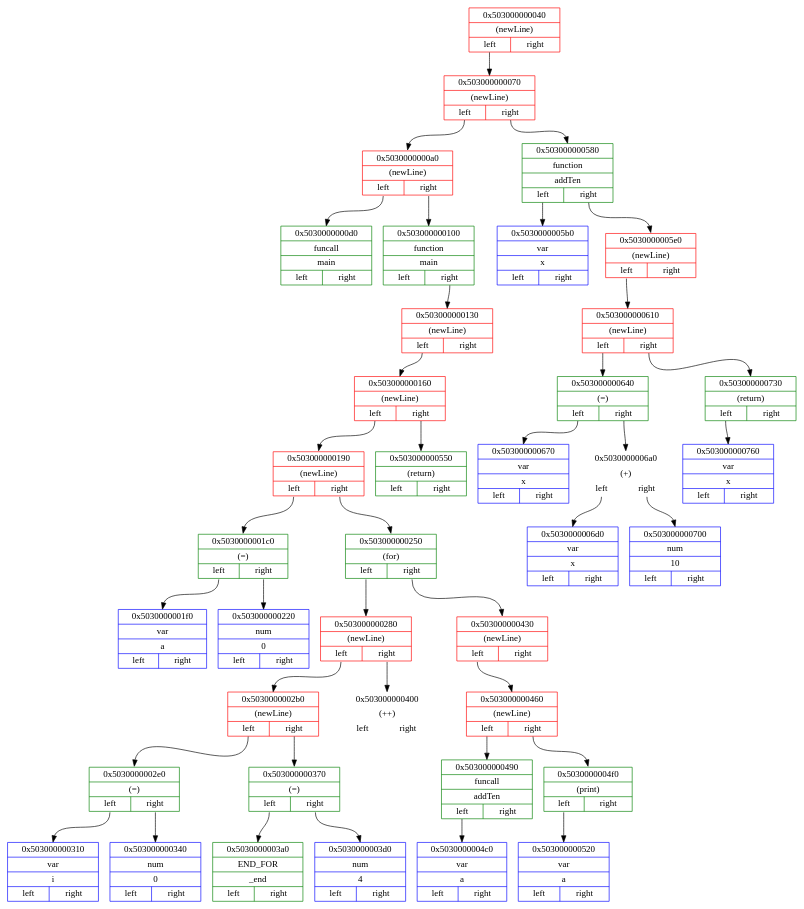
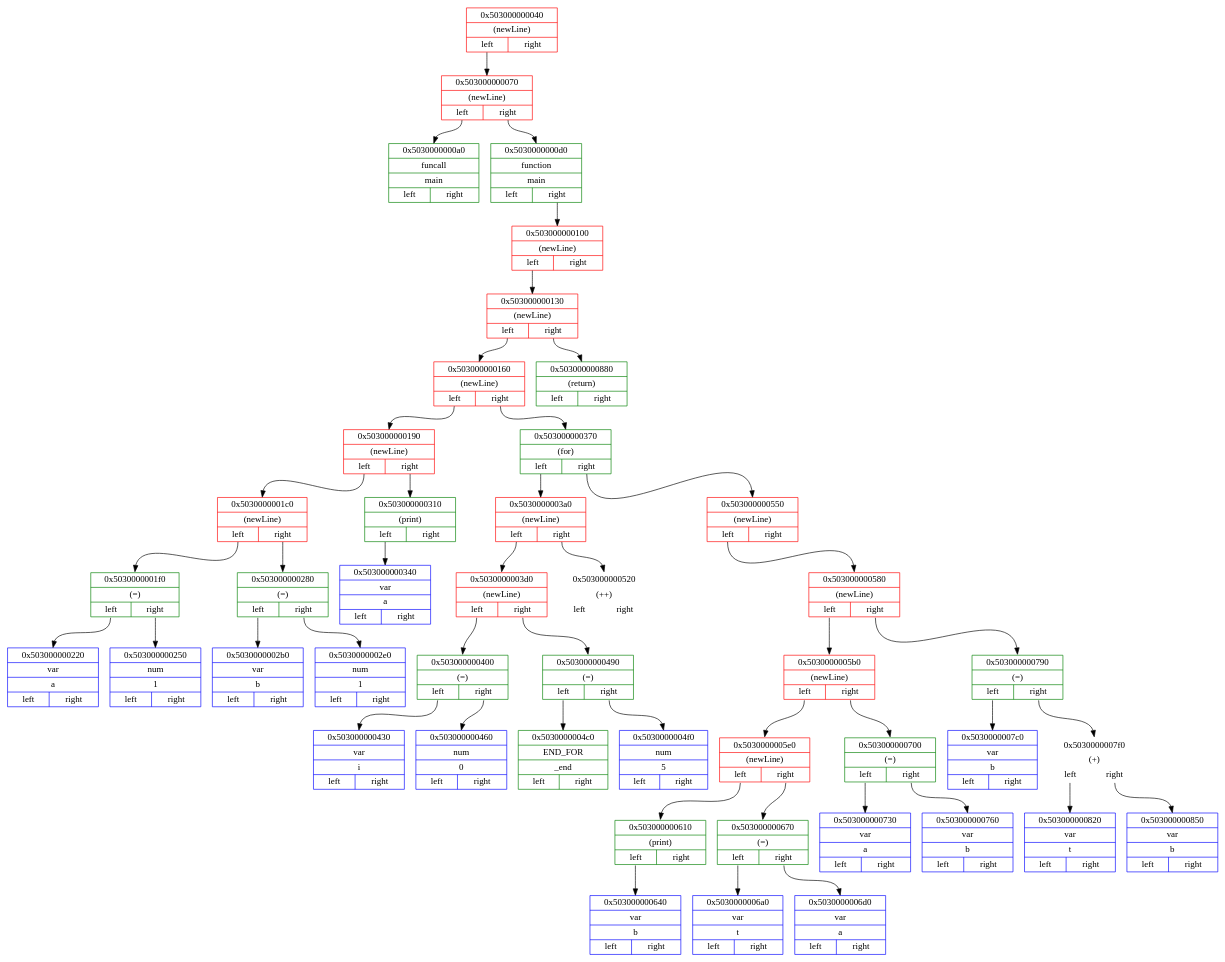
One commit to Matvey787/myProgLanguage changed the diagram in dot_files/middlendDotFile.dot. Above: the diagram before and after it, drawn with Graphviz. The commit also changed 15 other files, not shown here.

```diff
--- a/dot_files/middlendDotFile.dot
+++ b/dot_files/middlendDotFile.dot
@@ -4,79 +4,91 @@
 
 node0x503000000040 [ shape=record, color = red rank = 1, label= "{ 0x503000000040 | (newLine) |         {<n0x503000000040_l> left | <n0x503000000040_r> right}} " ];
 node0x503000000070 [ shape=record, color = red rank = 2, label= "{ 0x503000000070 | (newLine) |         {<n0x503000000070_l> left | <n0x503000000070_r> right}} " ];
-node0x5030000000a0 [ shape=record, color = red rank = 3, label= "{ 0x5030000000a0 | (newLine) |         {<n0x5030000000a0_l> left | <n0x5030000000a0_r> right}} " ];
-node0x5030000000d0 [ shape=record, color = green rank = 4, label= "{ 0x5030000000d0 | funcall | main |         {<n0x5030000000d0_l> left | <n0x5030000000d0_r> right}} " ];
-node0x5030000000a0:<n0x5030000000a0_l>:s -> node0x5030000000d0:n [ color = black; ]
-node0x503000000100 [ shape=record, color = green rank = 5, label= "{ 0x503000000100 | function | main |         {<n0x503000000100_l> left | <n0x503000000100_r> right}} " ];
+node0x5030000000a0 [ shape=record, color = green rank = 3, label= "{ 0x5030000000a0 | funcall | main |         {<n0x5030000000a0_l> left | <n0x5030000000a0_r> right}} " ];
+node0x503000000070:<n0x503000000070_l>:s -> node0x5030000000a0:n [ color = black; ]
+node0x5030000000d0 [ shape=record, color = green rank = 4, label= "{ 0x5030000000d0 | function | main |         {<n0x5030000000d0_l> left | <n0x5030000000d0_r> right}} " ];
+node0x503000000100 [ shape=record, color = red rank = 5, label= "{ 0x503000000100 | (newLine) |         {<n0x503000000100_l> left | <n0x503000000100_r> right}} " ];
 node0x503000000130 [ shape=record, color = red rank = 6, label= "{ 0x503000000130 | (newLine) |         {<n0x503000000130_l> left | <n0x503000000130_r> right}} " ];
 node0x503000000160 [ shape=record, color = red rank = 7, label= "{ 0x503000000160 | (newLine) |         {<n0x503000000160_l> left | <n0x503000000160_r> right}} " ];
 node0x503000000190 [ shape=record, color = red rank = 8, label= "{ 0x503000000190 | (newLine) |         {<n0x503000000190_l> left | <n0x503000000190_r> right}} " ];
-node0x5030000001c0 [ shape=record, color = green rank = 9, label= "{ 0x5030000001c0 | (=) |         {<n0x5030000001c0_l> left | <n0x5030000001c0_r> right}} " ];
-node0x5030000001f0 [ shape=record, color = blue rank = 10, label= "{ 0x5030000001f0 | var | a |         {<n0x5030000001f0_l> left | <n0x5030000001f0_r> right}} " ];
+node0x5030000001c0 [ shape=record, color = red rank = 9, label= "{ 0x5030000001c0 | (newLine) |         {<n0x5030000001c0_l> left | <n0x5030000001c0_r> right}} " ];
+node0x5030000001f0 [ shape=record, color = green rank = 10, label= "{ 0x5030000001f0 | (=) |         {<n0x5030000001f0_l> left | <n0x5030000001f0_r> right}} " ];
+node0x503000000220 [ shape=record, color = blue rank = 11, label= "{ 0x503000000220 | var | a |         {<n0x503000000220_l> left | <n0x503000000220_r> right}} " ];
+node0x5030000001f0:<n0x5030000001f0_l>:s -> node0x503000000220:n [ color = black; ]
+node0x503000000250 [ shape=record, color = blue rank = 12, label= "{ 0x503000000250 | num | 1 |         {<n0x503000000250_l> left | <n0x503000000250_r> right}} " ];
+node0x5030000001f0:<n0x5030000001f0_r>:s -> node0x503000000250:n [ color = black; ]
 node0x5030000001c0:<n0x5030000001c0_l>:s -> node0x5030000001f0:n [ color = black; ]
-node0x503000000220 [ shape=record, color = blue rank = 11, label= "{ 0x503000000220 | num | 0 |         {<n0x503000000220_l> left | <n0x503000000220_r> right}} " ];
-node0x5030000001c0:<n0x5030000001c0_r>:s -> node0x503000000220:n [ color = black; ]
+node0x503000000280 [ shape=record, color = green rank = 11, label= "{ 0x503000000280 | (=) |         {<n0x503000000280_l> left | <n0x503000000280_r> right}} " ];
+node0x5030000002b0 [ shape=record, color = blue rank = 12, label= "{ 0x5030000002b0 | var | b |         {<n0x5030000002b0_l> left | <n0x5030000002b0_r> right}} " ];
+node0x503000000280:<n0x503000000280_l>:s -> node0x5030000002b0:n [ color = black; ]
+node0x5030000002e0 [ shape=record, color = blue rank = 13, label= "{ 0x5030000002e0 | num | 1 |         {<n0x5030000002e0_l> left | <n0x5030000002e0_r> right}} " ];
+node0x503000000280:<n0x503000000280_r>:s -> node0x5030000002e0:n [ color = black; ]
+node0x5030000001c0:<n0x5030000001c0_r>:s -> node0x503000000280:n [ color = black; ]
 node0x503000000190:<n0x503000000190_l>:s -> node0x5030000001c0:n [ color = black; ]
-node0x503000000250 [ shape=record, color = green rank = 10, label= "{ 0x503000000250 | (for) |         {<n0x503000000250_l> left | <n0x503000000250_r> right}} " ];
-node0x503000000280 [ shape=record, color = red rank = 11, label= "{ 0x503000000280 | (newLine) |         {<n0x503000000280_l> left | <n0x503000000280_r> right}} " ];
-node0x5030000002b0 [ shape=record, color = red rank = 12, label= "{ 0x5030000002b0 | (newLine) |         {<n0x5030000002b0_l> left | <n0x5030000002b0_r> right}} " ];
-node0x5030000002e0 [ shape=record, color = green rank = 13, label= "{ 0x5030000002e0 | (=) |         {<n0x5030000002e0_l> left | <n0x5030000002e0_r> right}} " ];
-node0x503000000310 [ shape=record, color = blue rank = 14, label= "{ 0x503000000310 | var | i |         {<n0x503000000310_l> left | <n0x503000000310_r> right}} " ];
-node0x5030000002e0:<n0x5030000002e0_l>:s -> node0x503000000310:n [ color = black; ]
-node0x503000000340 [ shape=record, color = blue rank = 15, label= "{ 0x503000000340 | num | 0 |         {<n0x503000000340_l> left | <n0x503000000340_r> right}} " ];
-node0x5030000002e0:<n0x5030000002e0_r>:s -> node0x503000000340:n [ color = black; ]
-node0x5030000002b0:<n0x5030000002b0_l>:s -> node0x5030000002e0:n [ color = black; ]
-node0x503000000370 [ shape=record, color = green rank = 14, label= "{ 0x503000000370 | (=) |         {<n0x503000000370_l> left | <n0x503000000370_r> right}} " ];
-node0x5030000003a0 [ shape=record, color = green rank = 15, label= "{ 0x5030000003a0 | END_FOR | _end |         {<n0x5030000003a0_l> left | <n0x5030000003a0_r> right}} " ];
+node0x503000000310 [ shape=record, color = green rank = 10, label= "{ 0x503000000310 | (print) |         {<n0x503000000310_l> left | <n0x503000000310_r> right}} " ];
+node0x503000000340 [ shape=record, color = blue rank = 11, label= "{ 0x503000000340 | var | a |         {<n0x503000000340_l> left | <n0x503000000340_r> right}} " ];
+node0x503000000310:<n0x503000000310_l>:s -> node0x503000000340:n [ color = black; ]
+node0x503000000190:<n0x503000000190_r>:s -> node0x503000000310:n [ color = black; ]
+node0x503000000160:<n0x503000000160_l>:s -> node0x503000000190:n [ color = black; ]
+node0x503000000370 [ shape=record, color = green rank = 9, label= "{ 0x503000000370 | (for) |         {<n0x503000000370_l> left | <n0x503000000370_r> right}} " ];
+node0x5030000003a0 [ shape=record, color = red rank = 10, label= "{ 0x5030000003a0 | (newLine) |         {<n0x5030000003a0_l> left | <n0x5030000003a0_r> right}} " ];
+node0x5030000003d0 [ shape=record, color = red rank = 11, label= "{ 0x5030000003d0 | (newLine) |         {<n0x5030000003d0_l> left | <n0x5030000003d0_r> right}} " ];
+node0x503000000400 [ shape=record, color = green rank = 12, label= "{ 0x503000000400 | (=) |         {<n0x503000000400_l> left | <n0x503000000400_r> right}} " ];
+node0x503000000430 [ shape=record, color = blue rank = 13, label= "{ 0x503000000430 | var | i |         {<n0x503000000430_l> left | <n0x503000000430_r> right}} " ];
+node0x503000000400:<n0x503000000400_l>:s -> node0x503000000430:n [ color = black; ]
+node0x503000000460 [ shape=record, color = blue rank = 14, label= "{ 0x503000000460 | num | 0 |         {<n0x503000000460_l> left | <n0x503000000460_r> right}} " ];
+node0x503000000400:<n0x503000000400_r>:s -> node0x503000000460:n [ color = black; ]
+node0x5030000003d0:<n0x5030000003d0_l>:s -> node0x503000000400:n [ color = black; ]
+node0x503000000490 [ shape=record, color = green rank = 13, label= "{ 0x503000000490 | (=) |         {<n0x503000000490_l> left | <n0x503000000490_r> right}} " ];
+node0x5030000004c0 [ shape=record, color = green rank = 14, label= "{ 0x5030000004c0 | END_FOR | _end |         {<n0x5030000004c0_l> left | <n0x5030000004c0_r> right}} " ];
+node0x503000000490:<n0x503000000490_l>:s -> node0x5030000004c0:n [ color = black; ]
+node0x5030000004f0 [ shape=record, color = blue rank = 15, label= "{ 0x5030000004f0 | num | 5 |         {<n0x5030000004f0_l> left | <n0x5030000004f0_r> right}} " ];
+node0x503000000490:<n0x503000000490_r>:s -> node0x5030000004f0:n [ color = black; ]
+node0x5030000003d0:<n0x5030000003d0_r>:s -> node0x503000000490:n [ color = black; ]
+node0x5030000003a0:<n0x5030000003a0_l>:s -> node0x5030000003d0:n [ color = black; ]
+node0x503000000520 [ shape=record, color = white rank = 12, label= "{ 0x503000000520 | (++) |         {<n0x503000000520_l> left | <n0x503000000520_r> right}} " ];
+node0x5030000003a0:<n0x5030000003a0_r>:s -> node0x503000000520:n [ color = black; ]
 node0x503000000370:<n0x503000000370_l>:s -> node0x5030000003a0:n [ color = black; ]
-node0x5030000003d0 [ shape=record, color = blue rank = 16, label= "{ 0x5030000003d0 | num | 4 |         {<n0x5030000003d0_l> left | <n0x5030000003d0_r> right}} " ];
-node0x503000000370:<n0x503000000370_r>:s -> node0x5030000003d0:n [ color = black; ]
-node0x5030000002b0:<n0x5030000002b0_r>:s -> node0x503000000370:n [ color = black; ]
-node0x503000000280:<n0x503000000280_l>:s -> node0x5030000002b0:n [ color = black; ]
-node0x503000000400 [ shape=record, color = white rank = 13, label= "{ 0x503000000400 | (++) |         {<n0x503000000400_l> left | <n0x503000000400_r> right}} " ];
-node0x503000000280:<n0x503000000280_r>:s -> node0x503000000400:n [ color = black; ]
-node0x503000000250:<n0x503000000250_l>:s -> node0x503000000280:n [ color = black; ]
-node0x503000000430 [ shape=record, color = red rank = 12, label= "{ 0x503000000430 | (newLine) |         {<n0x503000000430_l> left | <n0x503000000430_r> right}} " ];
-node0x503000000460 [ shape=record, color = red rank = 13, label= "{ 0x503000000460 | (newLine) |         {<n0x503000000460_l> left | <n0x503000000460_r> right}} " ];
-node0x503000000490 [ shape=record, color = green rank = 14, label= "{ 0x503000000490 | funcall | addTen |         {<n0x503000000490_l> left | <n0x503000000490_r> right}} " ];
-node0x5030000004c0 [ shape=record, color = blue rank = 15, label= "{ 0x5030000004c0 | var | a |         {<n0x5030000004c0_l> left | <n0x5030000004c0_r> right}} " ];
-node0x503000000490:<n0x503000000490_l>:s -> node0x5030000004c0:n [ color = black; ]
-node0x503000000460:<n0x503000000460_l>:s -> node0x503000000490:n [ color = black; ]
-node0x5030000004f0 [ shape=record, color = green rank = 15, label= "{ 0x5030000004f0 | (print) |         {<n0x5030000004f0_l> left | <n0x5030000004f0_r> right}} " ];
-node0x503000000520 [ shape=record, color = blue rank = 16, label= "{ 0x503000000520 | var | a |         {<n0x503000000520_l> left | <n0x503000000520_r> right}} " ];
-node0x5030000004f0:<n0x5030000004f0_l>:s -> node0x503000000520:n [ color = black; ]
-node0x503000000460:<n0x503000000460_r>:s -> node0x5030000004f0:n [ color = black; ]
-node0x503000000430:<n0x503000000430_l>:s -> node0x503000000460:n [ color = black; ]
-node0x503000000250:<n0x503000000250_r>:s -> node0x503000000430:n [ color = black; ]
-node0x503000000190:<n0x503000000190_r>:s -> node0x503000000250:n [ color = black; ]
-node0x503000000160:<n0x503000000160_l>:s -> node0x503000000190:n [ color = black; ]
-node0x503000000550 [ shape=record, color = green rank = 9, label= "{ 0x503000000550 | (return) |         {<n0x503000000550_l> left | <n0x503000000550_r> right}} " ];
-node0x503000000160:<n0x503000000160_r>:s -> node0x503000000550:n [ color = black; ]
+node0x503000000550 [ shape=record, color = red rank = 11, label= "{ 0x503000000550 | (newLine) |         {<n0x503000000550_l> left | <n0x503000000550_r> right}} " ];
+node0x503000000580 [ shape=record, color = red rank = 12, label= "{ 0x503000000580 | (newLine) |         {<n0x503000000580_l> left | <n0x503000000580_r> right}} " ];
+node0x5030000005b0 [ shape=record, color = red rank = 13, label= "{ 0x5030000005b0 | (newLine) |         {<n0x5030000005b0_l> left | <n0x5030000005b0_r> right}} " ];
+node0x5030000005e0 [ shape=record, color = red rank = 14, label= "{ 0x5030000005e0 | (newLine) |         {<n0x5030000005e0_l> left | <n0x5030000005e0_r> right}} " ];
+node0x503000000610 [ shape=record, color = green rank = 15, label= "{ 0x503000000610 | (print) |         {<n0x503000000610_l> left | <n0x503000000610_r> right}} " ];
+node0x503000000640 [ shape=record, color = blue rank = 16, label= "{ 0x503000000640 | var | b |         {<n0x503000000640_l> left | <n0x503000000640_r> right}} " ];
+node0x503000000610:<n0x503000000610_l>:s -> node0x503000000640:n [ color = black; ]
+node0x5030000005e0:<n0x5030000005e0_l>:s -> node0x503000000610:n [ color = black; ]
+node0x503000000670 [ shape=record, color = green rank = 16, label= "{ 0x503000000670 | (=) |         {<n0x503000000670_l> left | <n0x503000000670_r> right}} " ];
+node0x5030000006a0 [ shape=record, color = blue rank = 17, label= "{ 0x5030000006a0 | var | t |         {<n0x5030000006a0_l> left | <n0x5030000006a0_r> right}} " ];
+node0x503000000670:<n0x503000000670_l>:s -> node0x5030000006a0:n [ color = black; ]
+node0x5030000006d0 [ shape=record, color = blue rank = 18, label= "{ 0x5030000006d0 | var | a |         {<n0x5030000006d0_l> left | <n0x5030000006d0_r> right}} " ];
+node0x503000000670:<n0x503000000670_r>:s -> node0x5030000006d0:n [ color = black; ]
+node0x5030000005e0:<n0x5030000005e0_r>:s -> node0x503000000670:n [ color = black; ]
+node0x5030000005b0:<n0x5030000005b0_l>:s -> node0x5030000005e0:n [ color = black; ]
+node0x503000000700 [ shape=record, color = green rank = 15, label= "{ 0x503000000700 | (=) |         {<n0x503000000700_l> left | <n0x503000000700_r> right}} " ];
+node0x503000000730 [ shape=record, color = blue rank = 16, label= "{ 0x503000000730 | var | a |         {<n0x503000000730_l> left | <n0x503000000730_r> right}} " ];
+node0x503000000700:<n0x503000000700_l>:s -> node0x503000000730:n [ color = black; ]
+node0x503000000760 [ shape=record, color = blue rank = 17, label= "{ 0x503000000760 | var | b |         {<n0x503000000760_l> left | <n0x503000000760_r> right}} " ];
+node0x503000000700:<n0x503000000700_r>:s -> node0x503000000760:n [ color = black; ]
+node0x5030000005b0:<n0x5030000005b0_r>:s -> node0x503000000700:n [ color = black; ]
+node0x503000000580:<n0x503000000580_l>:s -> node0x5030000005b0:n [ color = black; ]
+node0x503000000790 [ shape=record, color = green rank = 14, label= "{ 0x503000000790 | (=) |         {<n0x503000000790_l> left | <n0x503000000790_r> right}} " ];
+node0x5030000007c0 [ shape=record, color = blue rank = 15, label= "{ 0x5030000007c0 | var | b |         {<n0x5030000007c0_l> left | <n0x5030000007c0_r> right}} " ];
+node0x503000000790:<n0x503000000790_l>:s -> node0x5030000007c0:n [ color = black; ]
+node0x5030000007f0 [ shape=record, color = white rank = 16, label= "{ 0x5030000007f0 | (+) |         {<n0x5030000007f0_l> left | <n0x5030000007f0_r> right}} " ];
+node0x503000000820 [ shape=record, color = blue rank = 17, label= "{ 0x503000000820 | var | t |         {<n0x503000000820_l> left | <n0x503000000820_r> right}} " ];
+node0x5030000007f0:<n0x5030000007f0_l>:s -> node0x503000000820:n [ color = black; ]
+node0x503000000850 [ shape=record, color = blue rank = 18, label= "{ 0x503000000850 | var | b |         {<n0x503000000850_l> left | <n0x503000000850_r> right}} " ];
+node0x5030000007f0:<n0x5030000007f0_r>:s -> node0x503000000850:n [ color = black; ]
+node0x503000000790:<n0x503000000790_r>:s -> node0x5030000007f0:n [ color = black; ]
+node0x503000000580:<n0x503000000580_r>:s -> node0x503000000790:n [ color = black; ]
+node0x503000000550:<n0x503000000550_l>:s -> node0x503000000580:n [ color = black; ]
+node0x503000000370:<n0x503000000370_r>:s -> node0x503000000550:n [ color = black; ]
+node0x503000000160:<n0x503000000160_r>:s -> node0x503000000370:n [ color = black; ]
 node0x503000000130:<n0x503000000130_l>:s -> node0x503000000160:n [ color = black; ]
-node0x503000000100:<n0x503000000100_r>:s -> node0x503000000130:n [ color = black; ]
-node0x5030000000a0:<n0x5030000000a0_r>:s -> node0x503000000100:n [ color = black; ]
-node0x503000000070:<n0x503000000070_l>:s -> node0x5030000000a0:n [ color = black; ]
-node0x503000000580 [ shape=record, color = green rank = 4, label= "{ 0x503000000580 | function | addTen |         {<n0x503000000580_l> left | <n0x503000000580_r> right}} " ];
-node0x5030000005b0 [ shape=record, color = blue rank = 5, label= "{ 0x5030000005b0 | var | x |         {<n0x5030000005b0_l> left | <n0x5030000005b0_r> right}} " ];
-node0x503000000580:<n0x503000000580_l>:s -> node0x5030000005b0:n [ color = black; ]
-node0x5030000005e0 [ shape=record, color = red rank = 6, label= "{ 0x5030000005e0 | (newLine) |         {<n0x5030000005e0_l> left | <n0x5030000005e0_r> right}} " ];
-node0x503000000610 [ shape=record, color = red rank = 7, label= "{ 0x503000000610 | (newLine) |         {<n0x503000000610_l> left | <n0x503000000610_r> right}} " ];
-node0x503000000640 [ shape=record, color = green rank = 8, label= "{ 0x503000000640 | (=) |         {<n0x503000000640_l> left | <n0x503000000640_r> right}} " ];
-node0x503000000670 [ shape=record, color = blue rank = 9, label= "{ 0x503000000670 | var | x |         {<n0x503000000670_l> left | <n0x503000000670_r> right}} " ];
-node0x503000000640:<n0x503000000640_l>:s -> node0x503000000670:n [ color = black; ]
-node0x5030000006a0 [ shape=record, color = white rank = 10, label= "{ 0x5030000006a0 | (+) |         {<n0x5030000006a0_l> left | <n0x5030000006a0_r> right}} " ];
-node0x5030000006d0 [ shape=record, color = blue rank = 11, label= "{ 0x5030000006d0 | var | x |         {<n0x5030000006d0_l> left | <n0x5030000006d0_r> right}} " ];
-node0x5030000006a0:<n0x5030000006a0_l>:s -> node0x5030000006d0:n [ color = black; ]
-node0x503000000700 [ shape=record, color = blue rank = 12, label= "{ 0x503000000700 | num | 10 |         {<n0x503000000700_l> left | <n0x503000000700_r> right}} " ];
-node0x5030000006a0:<n0x5030000006a0_r>:s -> node0x503000000700:n [ color = black; ]
-node0x503000000640:<n0x503000000640_r>:s -> node0x5030000006a0:n [ color = black; ]
-node0x503000000610:<n0x503000000610_l>:s -> node0x503000000640:n [ color = black; ]
-node0x503000000730 [ shape=record, color = green rank = 9, label= "{ 0x503000000730 | (return) |         {<n0x503000000730_l> left | <n0x503000000730_r> right}} " ];
-node0x503000000760 [ shape=record, color = blue rank = 10, label= "{ 0x503000000760 | var | x |         {<n0x503000000760_l> left | <n0x503000000760_r> right}} " ];
-node0x503000000730:<n0x503000000730_l>:s -> node0x503000000760:n [ color = black; ]
-node0x503000000610:<n0x503000000610_r>:s -> node0x503000000730:n [ color = black; ]
-node0x5030000005e0:<n0x5030000005e0_l>:s -> node0x503000000610:n [ color = black; ]
-node0x503000000580:<n0x503000000580_r>:s -> node0x5030000005e0:n [ color = black; ]
-node0x503000000070:<n0x503000000070_r>:s -> node0x503000000580:n [ color = black; ]
+node0x503000000880 [ shape=record, color = green rank = 8, label= "{ 0x503000000880 | (return) |         {<n0x503000000880_l> left | <n0x503000000880_r> right}} " ];
+node0x503000000130:<n0x503000000130_r>:s -> node0x503000000880:n [ color = black; ]
+node0x503000000100:<n0x503000000100_l>:s -> node0x503000000130:n [ color = black; ]
+node0x5030000000d0:<n0x5030000000d0_r>:s -> node0x503000000100:n [ color = black; ]
+node0x503000000070:<n0x503000000070_r>:s -> node0x5030000000d0:n [ color = black; ]
 node0x503000000040:<n0x503000000040_l>:s -> node0x503000000070:n [ color = black; ]
 }
```
